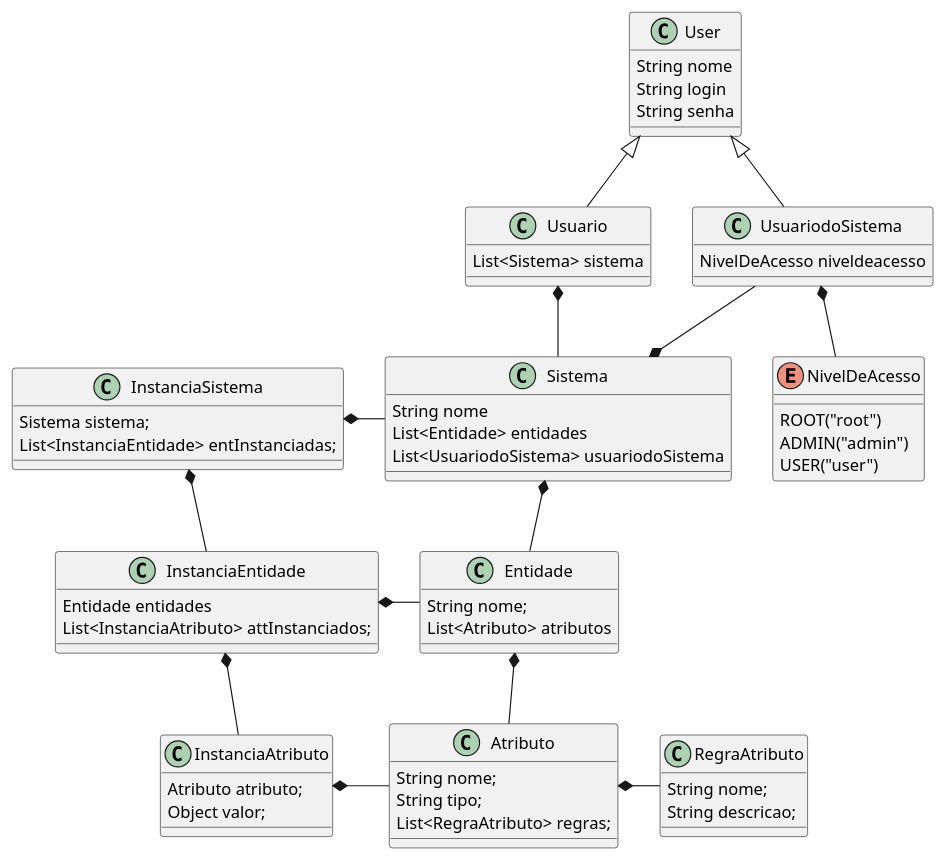
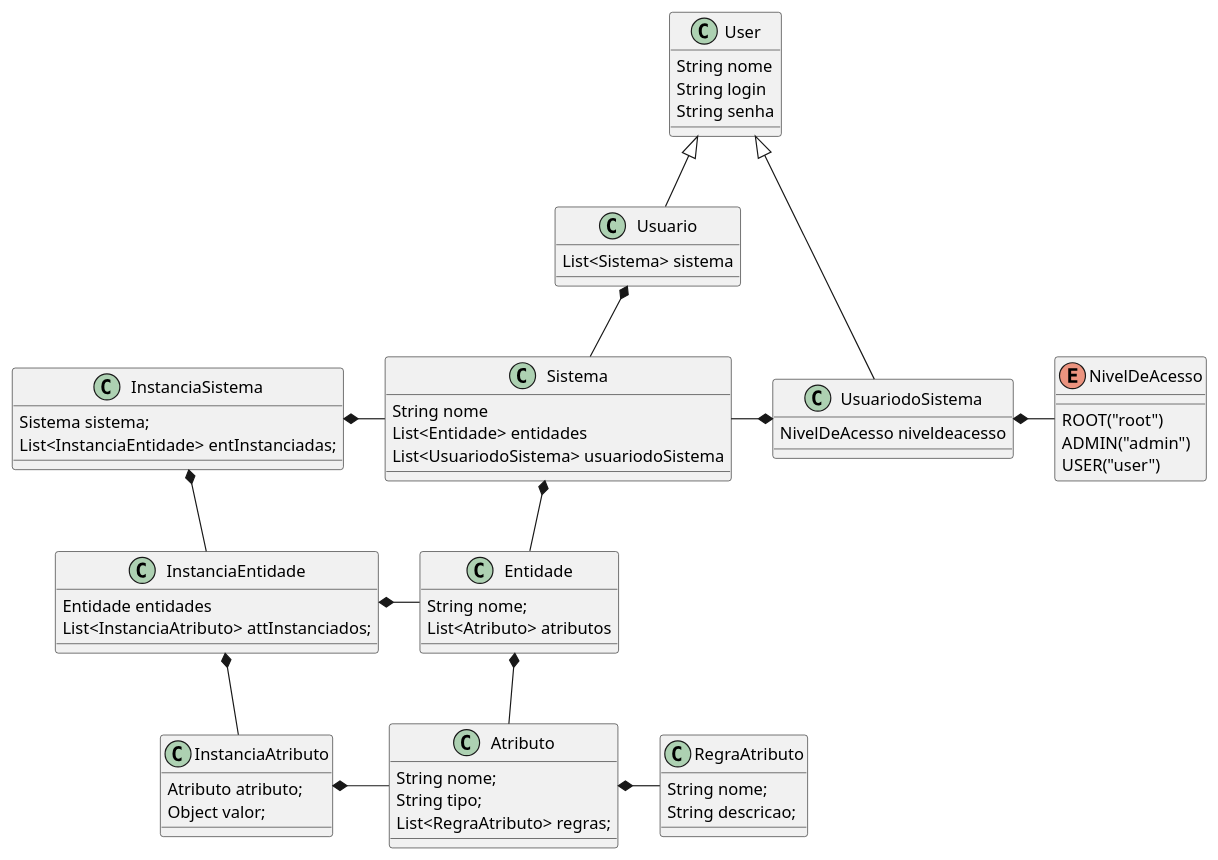
One commit to IFBAEunapolisDynamicObjectModel/Domgo-lango---Core changed the diagram in UML/models.puml. Above: the diagram before and after it, drawn with PlantUML. The commit also changed 1 other file, not shown here.

```diff
--- a/UML/models.puml
+++ b/UML/models.puml
@@ -1,73 +1,74 @@
 @startuml
 class Sistema{
 
   String nome
   List<Entidade> entidades
   List<UsuariodoSistema> usuariodoSistema
 }
 class Usuario extends User {
 
   List<Sistema> sistema
 }
 class User{
   String nome
   String login
   String senha
 }
 class UsuariodoSistema extends User{
 
   NivelDeAcesso niveldeacesso
 }
 class Entidade{
 
   String nome;
   List<Atributo> atributos
 }
  Enum NivelDeAcesso{
   ROOT("root")
   ADMIN("admin")
   USER("user")
 
 }
 
 class Atributo{
   String nome;
   String tipo;
   List<RegraAtributo> regras;
 }
 
 class RegraAtributo{
   String nome;
   String descricao;
 }
 
 class InstanciaSistema{
   Sistema sistema;
   List<InstanciaEntidade> entInstanciadas;
 }
 
 class InstanciaEntidade{
 
   Entidade entidades
   List<InstanciaAtributo> attInstanciados;
 }
 
 class InstanciaAtributo{
 
     Atributo atributo;
     Object valor;
 }
+UsuariodoSistema *-NivelDeAcesso
 Usuario *-- Sistema
-UsuariodoSistema *--NivelDeAcesso
+
 Sistema *-- Entidade
-UsuariodoSistema --* Sistema
+Sistema -* UsuariodoSistema
 Entidade *-- Atributo
 Atributo *- RegraAtributo
 
 InstanciaSistema *- Sistema
 InstanciaSistema *-- InstanciaEntidade
 InstanciaEntidade *- Entidade
 InstanciaEntidade *-- InstanciaAtributo
 InstanciaAtributo *- Atributo
 
 @enduml
```
